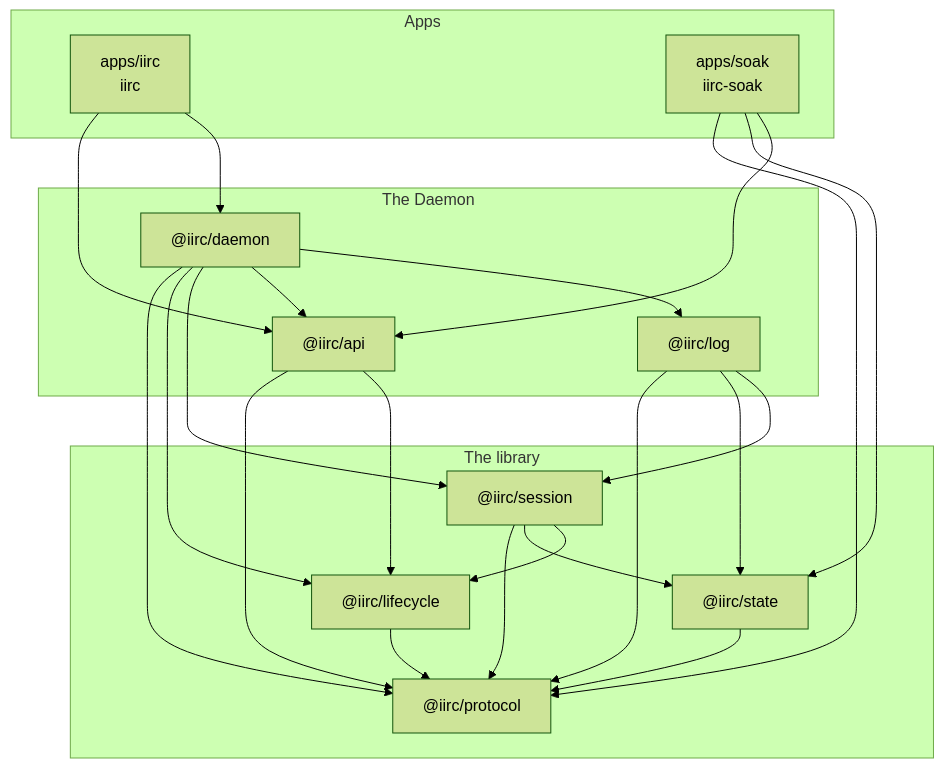
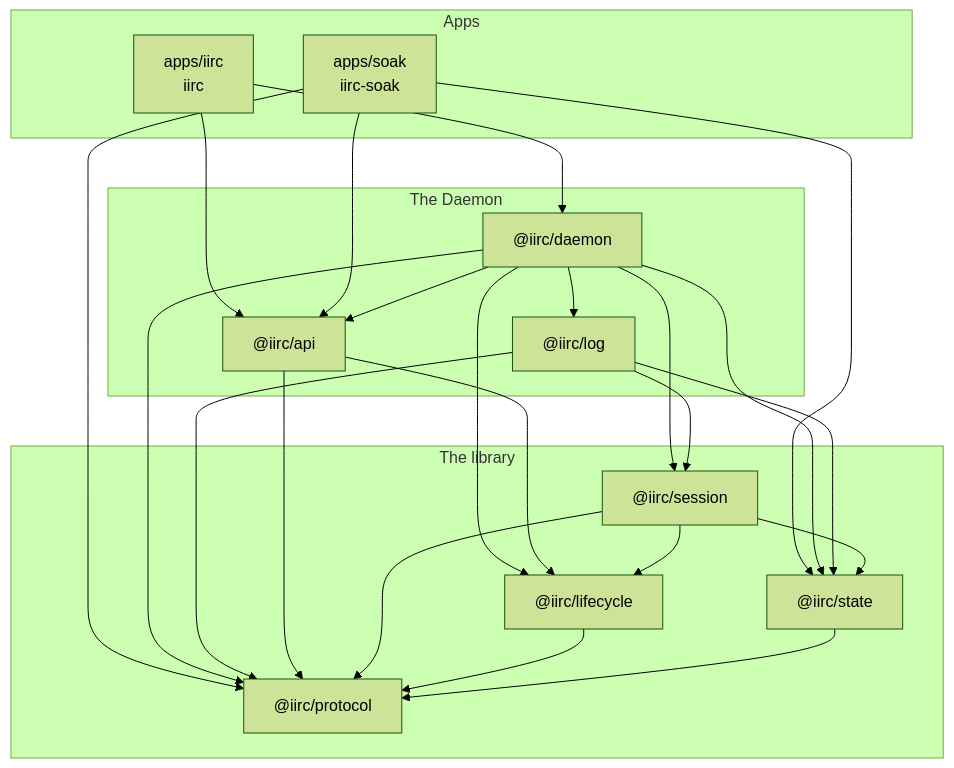
Before and after one commit to deankerr/iirc: the first of 5 diagrams in docs/architecture.md, drawn with Mermaid (forest theme). The commit also changed other lines of this file and 29 other files, not shown here.

````diff
--- a/docs/architecture.md
+++ b/docs/architecture.md
@@ -22,38 +22,39 @@
 ```mermaid
 flowchart TD
   subgraph apps["Apps"]
     app["apps/iirc<br/>iirc"]
     soak["apps/soak<br/>iirc-soak"]
   end
   subgraph daemonSide["The Daemon"]
     daemon["@iirc/daemon"]
     log["@iirc/log"]
     api["@iirc/api"]
   end
   subgraph library["The library"]
     session["@iirc/session"]
     lifecycle["@iirc/lifecycle"]
     state["@iirc/state"]
     protocol["@iirc/protocol"]
   end
   app --> daemon
   app --> api
   soak --> api
   soak --> state
   soak --> protocol
   daemon --> log
   daemon --> api
   daemon --> session
+  daemon --> state
   daemon --> lifecycle
   daemon --> protocol
   log --> session
   log --> state
   log --> protocol
   api --> lifecycle
   api --> protocol
   session --> lifecycle
   session --> state
   session --> protocol
   lifecycle --> protocol
   state --> protocol
 ```
````
